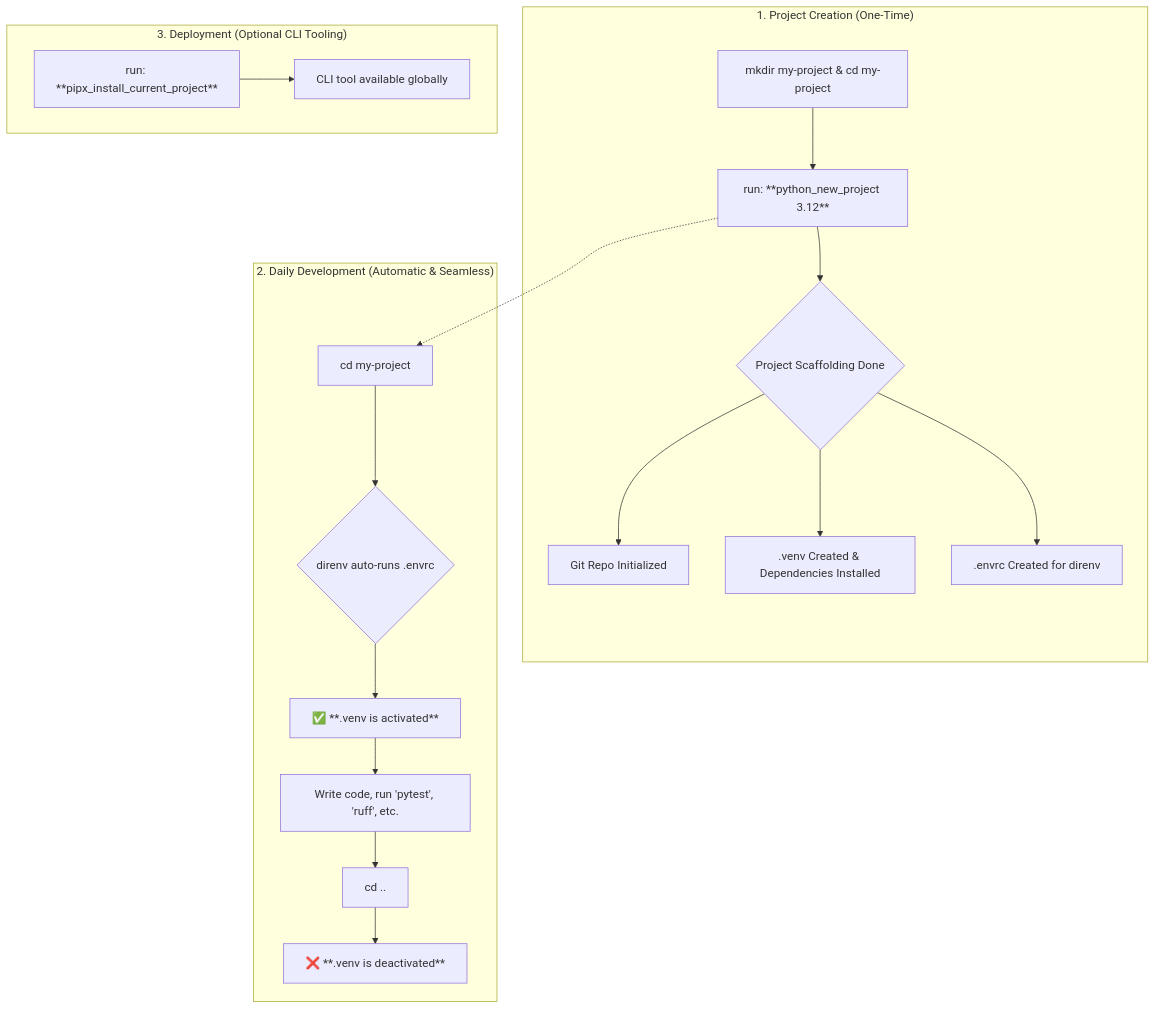
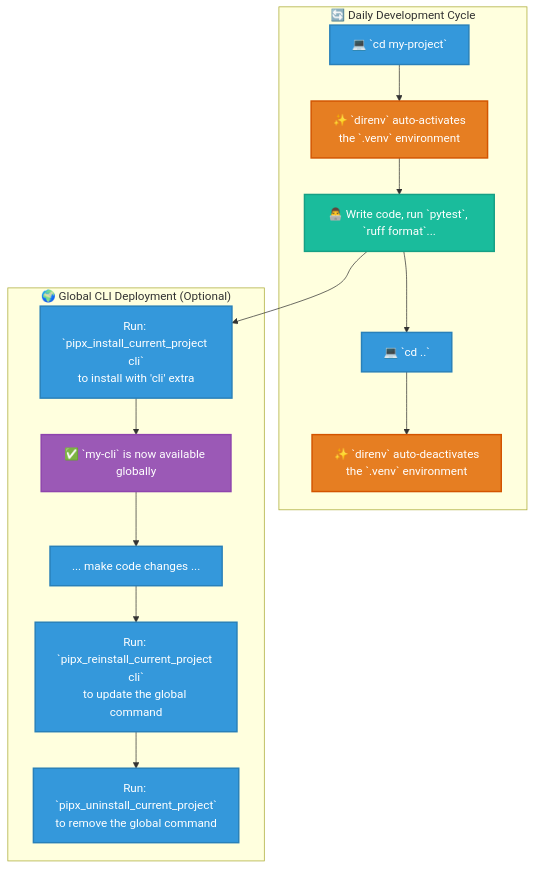
One commit to CaptainCodeAU/fifty-shades-of-dotfiles changed the third of 3 diagrams in README.md. Above: the diagram before and after it, drawn with Mermaid. The commit also changed other lines of this file, not shown here.

````diff
--- a/README.md
+++ b/README.md
@@ -27,25 +104,28 @@
 ```mermaid
 graph TD
-    subgraph "1. Project Creation (One-Time)"
-        A[mkdir my-project & cd my-project] --> B[run: **python_new_project 3.12**]
-        B --> C{Project Scaffolding Done}
-        C --> D[Git Repo Initialized]
-        C --> E[.venv Created & Dependencies Installed]
-        C --> F[.envrc Created for direnv]
+    subgraph "🔄 Daily Development Cycle"
+        A["💻 `cd my-project`"] --> B
+        B["✨ `direnv` auto-activates<br>the `.venv` environment"]
+        B --> C["👨‍💻 Write code, run `pytest`, `ruff format`..."]
+        C --> D["💻 `cd ..`"]
+        D --> E["✨ `direnv` auto-deactivates<br>the `.venv` environment"]
     end
 
-    subgraph "2. Daily Development (Automatic & Seamless)"
-        G[cd my-project] --> H{direnv auto-runs .envrc}
-        H --> I["✅ **.venv is activated**"]
-        I --> J[Write code, run 'pytest', 'ruff', etc.]
-        J --> K[cd ..]
-        K --> L["❌ **.venv is deactivated**"]
+    subgraph "🌍 Global CLI Deployment (Optional)"
+        C --> F["Run: `pipx_install_current_project cli`<br>to install with 'cli' extra"]
+        F --> G["✅ `my-cli` is now available globally"]
+        G --> H["... make code changes ..."]
+        H --> I["Run: `pipx_reinstall_current_project cli`<br>to update the global command"]
+        I --> J["Run: `pipx_uninstall_current_project`<br>to remove the global command"]
     end
 
-    subgraph "3. Deployment (Optional CLI Tooling)"
-        M[run: **pipx_install_current_project**] --> N[CLI tool available globally]
-    end
+    classDef userAction fill:#3498db,stroke:#2980b9,stroke-width:2px,color:white;
+    classDef tool fill:#e67e22,stroke:#d35400,stroke-width:2px,color:white;
+    classDef devLoop fill:#1abc9c,stroke:#16a085,stroke-width:2px,color:white;
+    classDef result fill:#9b59b6,stroke:#8e44ad,stroke-width:2px,color:white;
 
-    %% Transition from creation to daily workflow
-    B -.-> G
+    class A,D,F,H,I,J userAction;
+    class B,E tool;
+    class C devLoop;
+    class G result;
 ```
````
